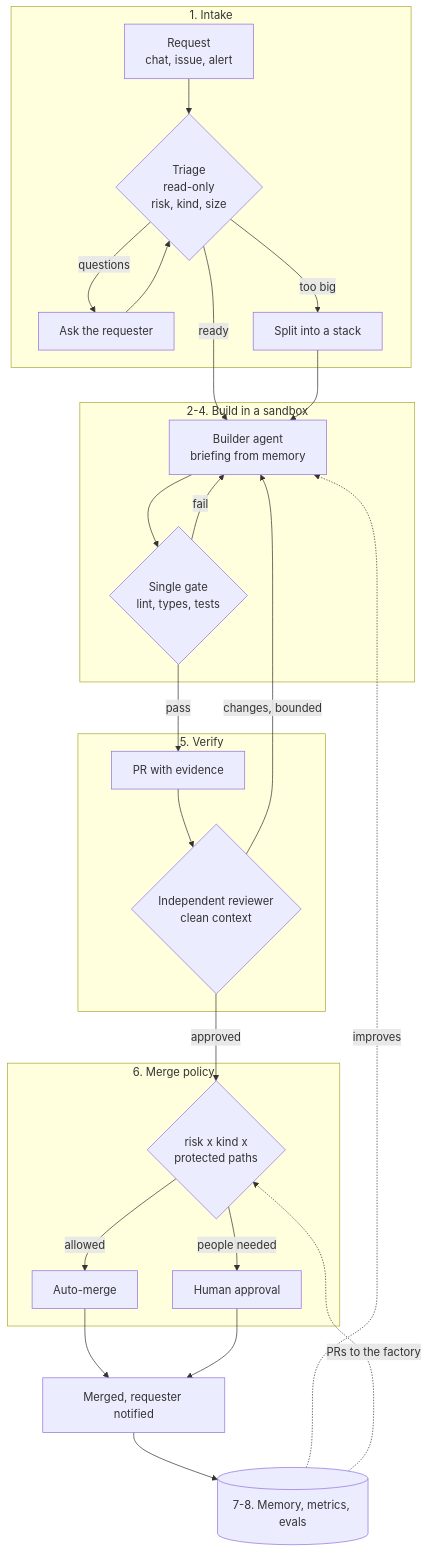
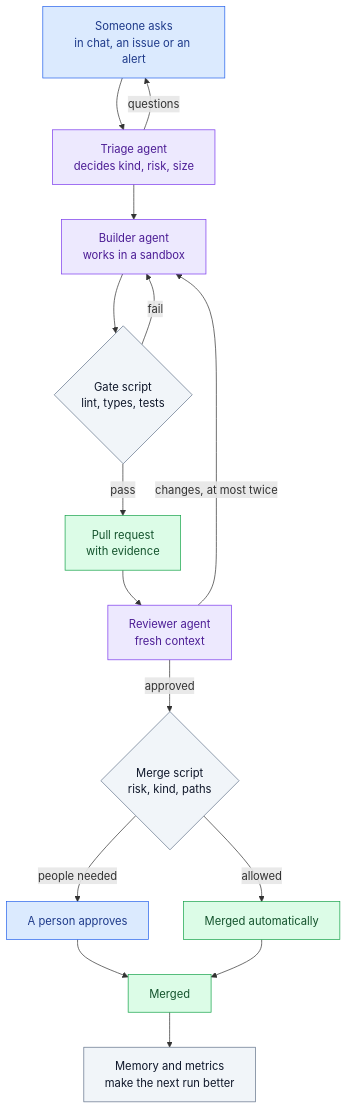
One commit to icelink-ai/software-factory-manifesto changed the diagram in README.md. Above: the diagram before and after it, drawn with Mermaid. The commit also changed other lines of this file and 73 other files, not shown here.

````diff
--- a/README.md
+++ b/README.md
@@ -38,31 +54,22 @@
 ```mermaid
 flowchart TD
-    subgraph In["1. Intake"]
-        REQ["Request<br/>chat, issue, alert"] --> TRI{"Triage<br/>read-only<br/>risk, kind, size"}
-        TRI -->|questions| ASK[Ask the requester]
-        ASK --> TRI
-        TRI -->|too big| STK[Split into a stack]
-    end
-    subgraph Build["2-4. Build in a sandbox"]
-        BLD["Builder agent<br/>briefing from memory"] --> GATE{"Single gate<br/>lint, types, tests"}
-        GATE -->|fail| BLD
-    end
-    subgraph Verify["5. Verify"]
-        PR["PR with evidence"] --> REV{"Independent reviewer<br/>clean context"}
-        REV -->|"changes, bounded"| BLD
-    end
-    subgraph Merge["6. Merge policy"]
-        POL{"risk x kind x<br/>protected paths"}
-        POL -->|allowed| AUTO[Auto-merge]
-        POL -->|people needed| HUM[Human approval]
-    end
-    TRI -->|ready| BLD
-    STK --> BLD
-    GATE -->|pass| PR
-    REV -->|approved| POL
-    AUTO --> DONE[Merged, requester notified]
-    HUM --> DONE
-    DONE --> REC[("7-8. Memory, metrics, evals")]
-    REC -. improves .-> BLD
-    REC -. "PRs to the factory" .-> POL
+    REQ["Someone asks<br/>in chat, an issue or an alert"]:::person --> TRI["Triage agent<br/>decides kind, risk, size"]:::agent
+    TRI -->|"questions"| REQ
+    TRI --> BLD["Builder agent<br/>works in a sandbox"]:::agent
+    BLD --> GATE{"Gate script<br/>lint, types, tests"}:::script
+    GATE -->|fail| BLD
+    GATE -->|pass| PR["Pull request<br/>with evidence"]:::state
+    PR --> REV["Reviewer agent<br/>fresh context"]:::agent
+    REV -->|"changes, at most twice"| BLD
+    REV -->|approved| POL{"Merge script<br/>risk, kind, paths"}:::script
+    POL -->|allowed| AUTO["Merged automatically"]:::state
+    POL -->|"people needed"| HUM["A person approves"]:::person
+    HUM --> DONE["Merged"]:::state
+    AUTO --> DONE
+    DONE --> MEM["Memory and metrics<br/>make the next run better"]:::script
+    classDef person fill:#dbeafe,stroke:#2563eb,color:#1e3a8a
+    classDef script fill:#f1f5f9,stroke:#64748b,color:#0f172a
+    classDef agent fill:#ede9fe,stroke:#7c3aed,color:#4c1d95
+    classDef state fill:#dcfce7,stroke:#16a34a,color:#14532d
+    classDef stop fill:#ffedd5,stroke:#ea580c,color:#7c2d12
 ```
````
